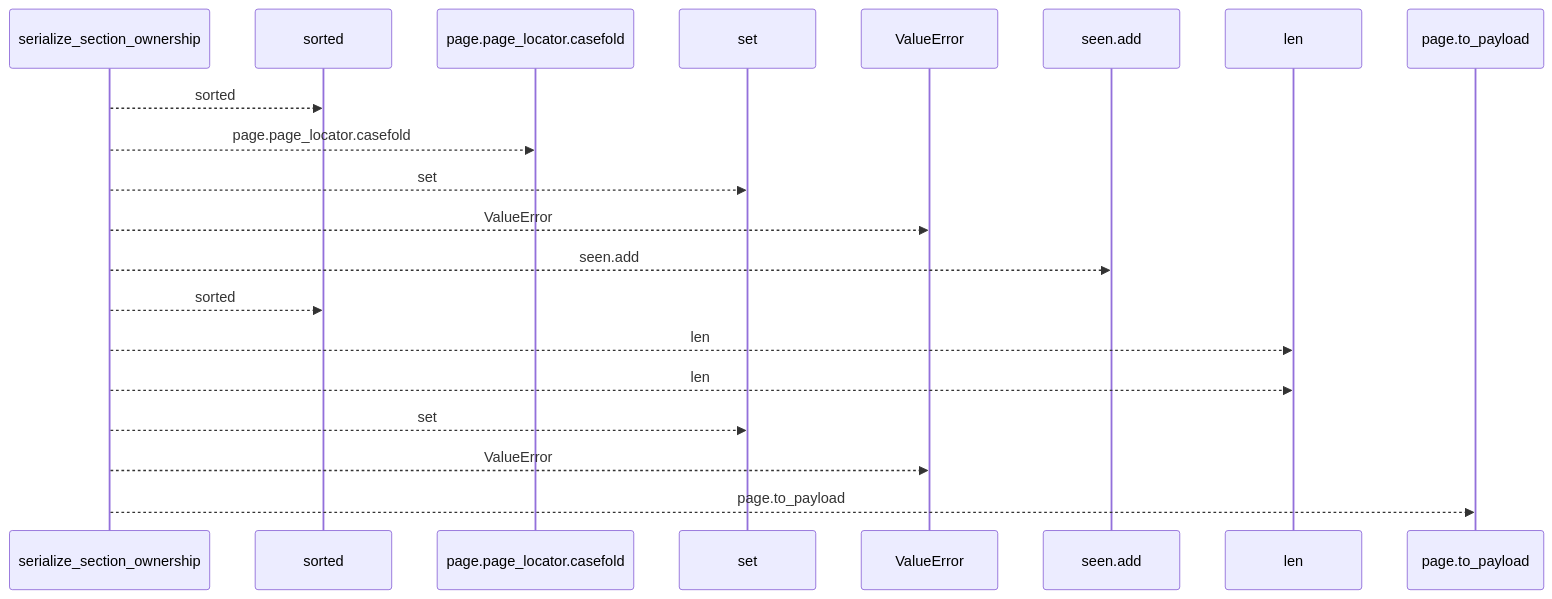
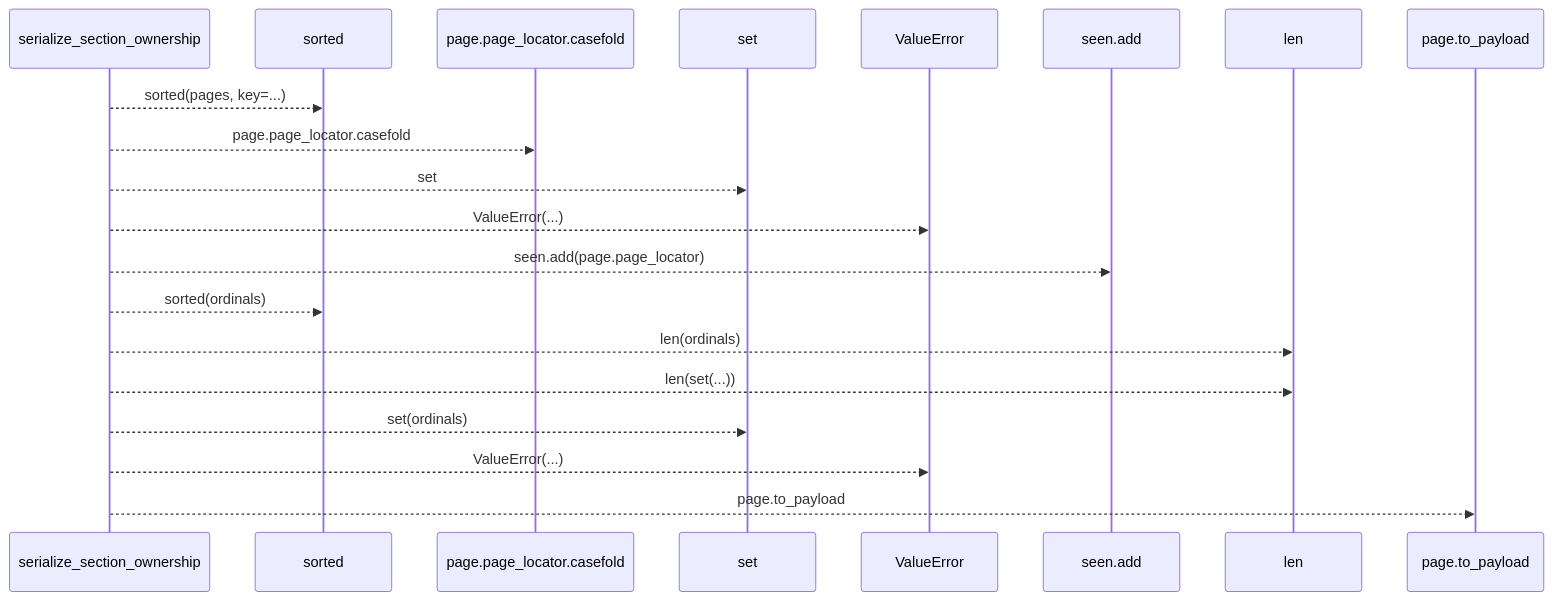
The first of 2 diagrams in docs/llm_wiki/flows/api-serialize_section_ownership.md (Denissvgn/python-wiki-llm), drawn with Mermaid before and after one commit. The commit also changed other lines of this file and 1410 other files, not shown here.

````diff
--- a/docs/llm_wiki/flows/api-serialize_section_ownership.md
+++ b/docs/llm_wiki/flows/api-serialize_section_ownership.md
@@ -10,22 +12,22 @@
 ```mermaid
 sequenceDiagram
     participant p0 as serialize_section_ownership
     participant p1 as sorted
     participant p2 as page.page_locator.casefold
     participant p3 as set
     participant p4 as ValueError
     participant p5 as seen.add
     participant p6 as len
     participant p7 as page.to_payload
-    p0-->>p1: sorted
+    p0-->>p1: sorted(pages, key=...)
     p0-->>p2: page.page_locator.casefold
     p0-->>p3: set
-    p0-->>p4: ValueError
-    p0-->>p5: seen.add
-    p0-->>p1: sorted
-    p0-->>p6: len
-    p0-->>p6: len
-    p0-->>p3: set
-    p0-->>p4: ValueError
+    p0-->>p4: ValueError(...)
+    p0-->>p5: seen.add(page.page_locator)
+    p0-->>p1: sorted(ordinals)
+    p0-->>p6: len(ordinals)
+    p0-->>p6: len(set(...))
+    p0-->>p3: set(ordinals)
+    p0-->>p4: ValueError(...)
     p0-->>p7: page.to_payload
 ```
````
